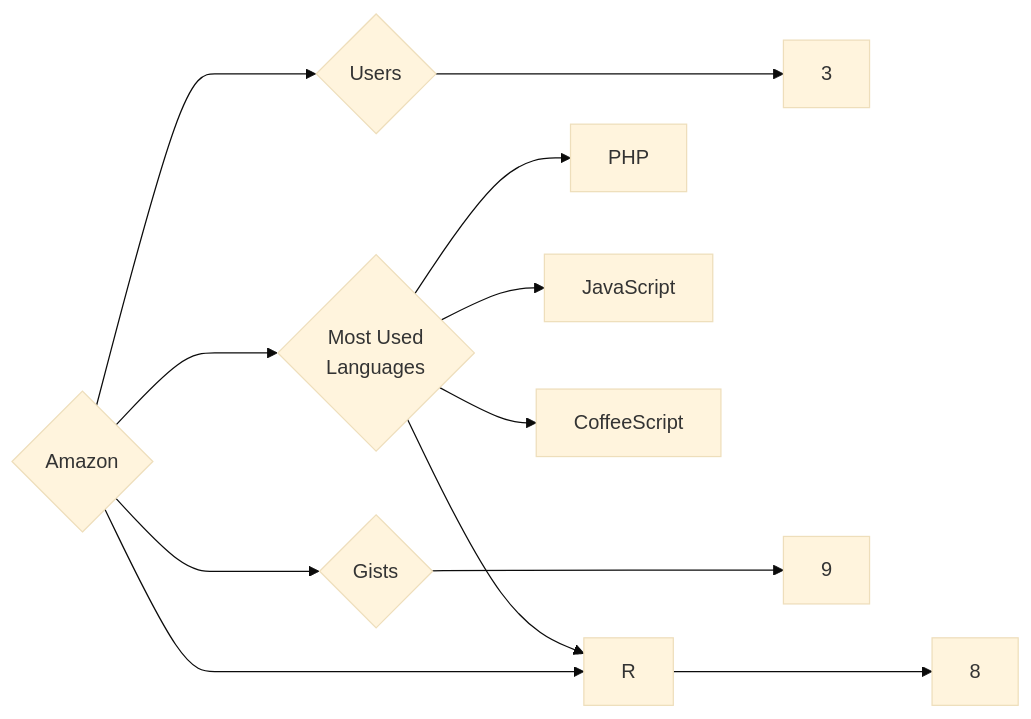
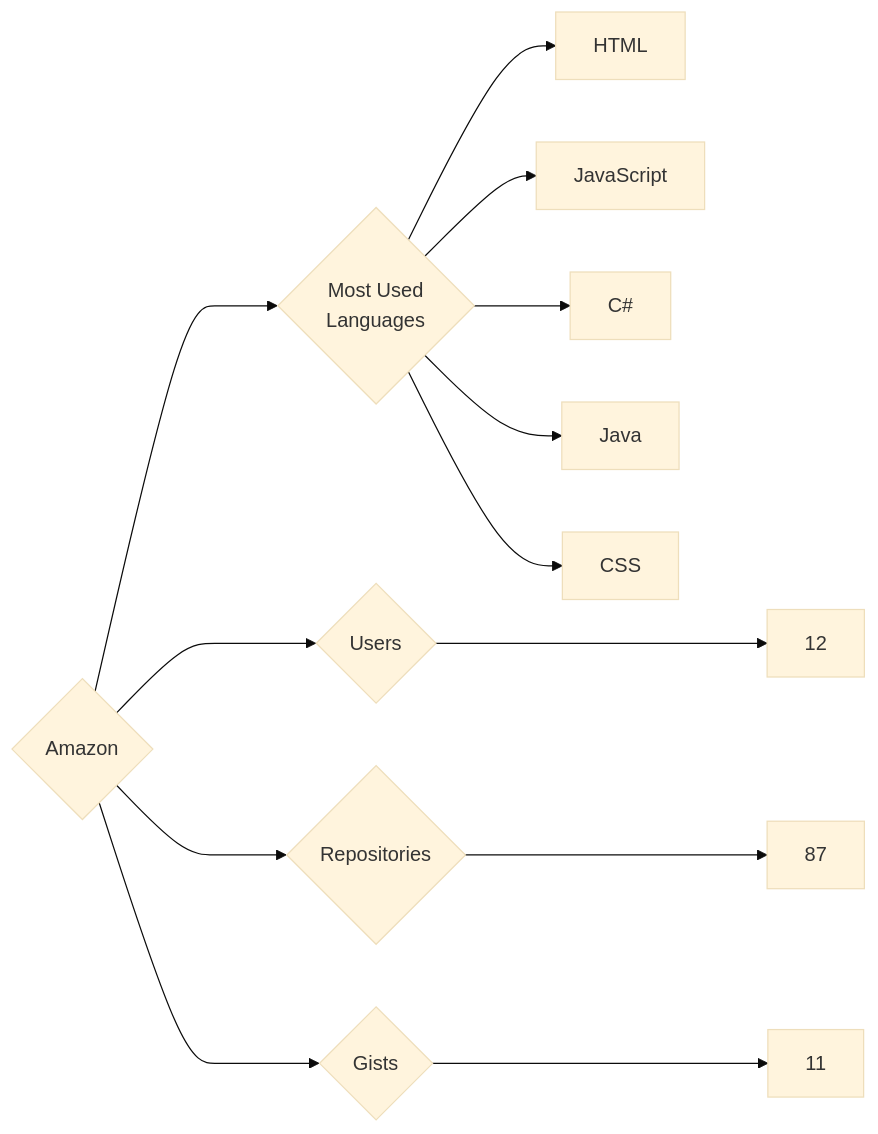
Before and after one commit to trickest/insiders: the diagram in targets/Amazon/README.md, drawn with Mermaid (base theme). The commit also changed 1148 other files, not shown here.

````diff
--- a/targets/Amazon/README.md
+++ b/targets/Amazon/README.md
@@ -3,12 +3,13 @@
 ```mermaid
 graph LR
 COMPANY_NAME{Amazon}
-COMPANY_NAME ---> U{Users} ---> UN[3]
-COMPANY_NAME ---> R{Repositories} ---> RN[8]
-COMPANY_NAME ---> G{Gists} ---> GN[9]
+COMPANY_NAME ---> U{Users} ---> UN[12]
+COMPANY_NAME ---> R{Repositories} ---> RN[87]
+COMPANY_NAME ---> G{Gists} ---> GN[11]
 COMPANY_NAME ---> ML{Most Used<br>Languages}
-ML --> PHP[PHP]
-ML --> R[R]
+ML --> HTML[HTML]
 ML --> JavaScript[JavaScript]
-ML --> CoffeeScript[CoffeeScript]
+ML --> C#[C#]
+ML --> Java[Java]
+ML --> CSS[CSS]
 ```
````
